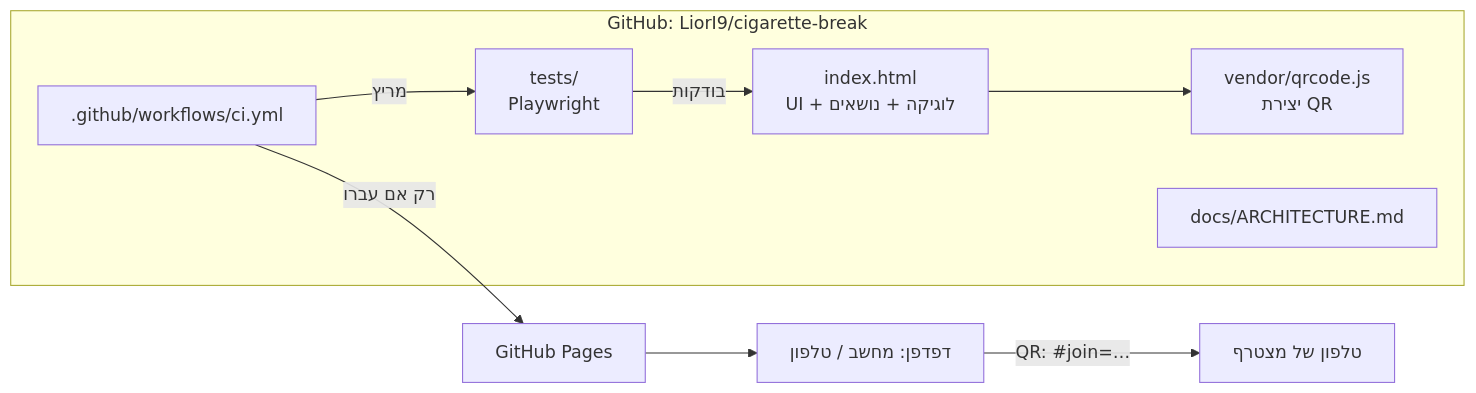
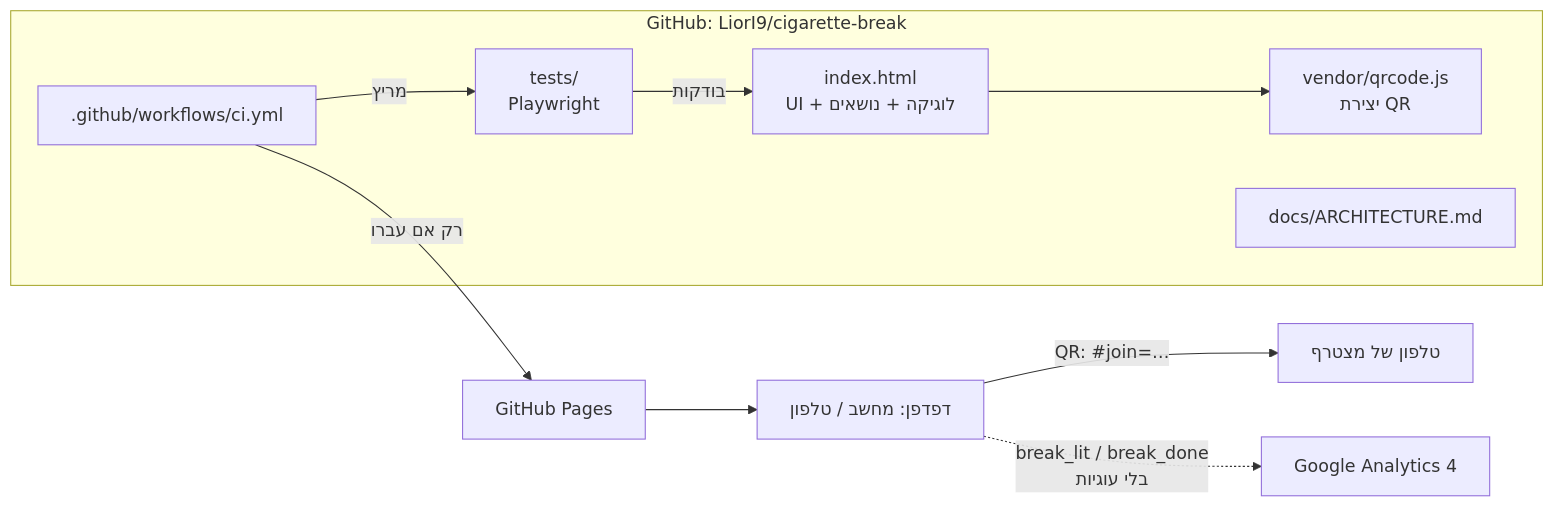
One commit to LiorI9/cigarette-break changed the first of 4 diagrams in docs/ARCHITECTURE.md. Above: the diagram before and after it, drawn with Mermaid. The commit also changed other lines of this file and 3 other files, not shown here.

First line of the commit message:
מדידה בלי עוגיות: GA4, break_lit ו-break_done

````diff
--- a/docs/ARCHITECTURE.md
+++ b/docs/ARCHITECTURE.md
@@ -30,16 +30,17 @@
 ```mermaid
 flowchart LR
   subgraph repo["GitHub: LiorI9/cigarette-break"]
     html["index.html<br/>UI + לוגיקה + נושאים"]
     qr["vendor/qrcode.js<br/>יצירת QR"]
     tests["tests/<br/>Playwright"]
     ci[".github/workflows/ci.yml"]
     docs["docs/ARCHITECTURE.md"]
   end
   ci -->|מריץ| tests
   tests -->|בודקות| html
   ci -->|רק אם עברו| pages["GitHub Pages"]
   html --> qr
   pages --> user["דפדפן: מחשב / טלפון"]
   user -->|"QR: #join=…"| guest["טלפון של מצטרף"]
+  user -.->|"break_lit / break_done<br/>בלי עוגיות"| ga["Google Analytics 4"]
 ```
````
